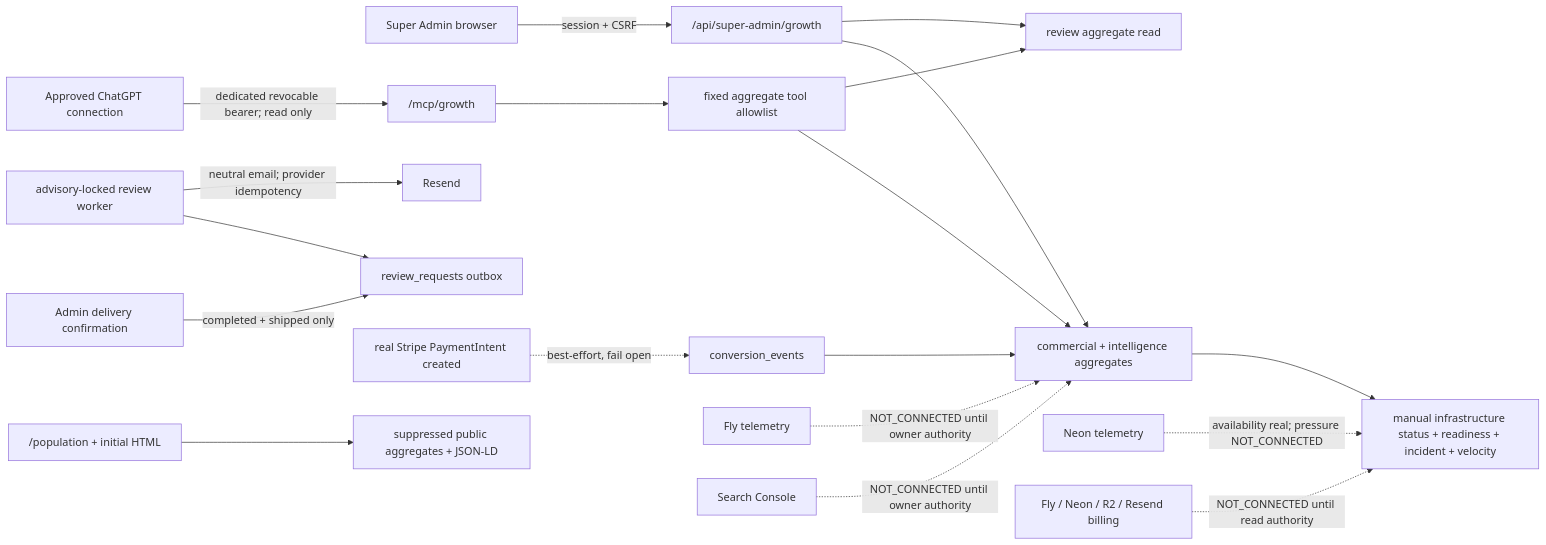
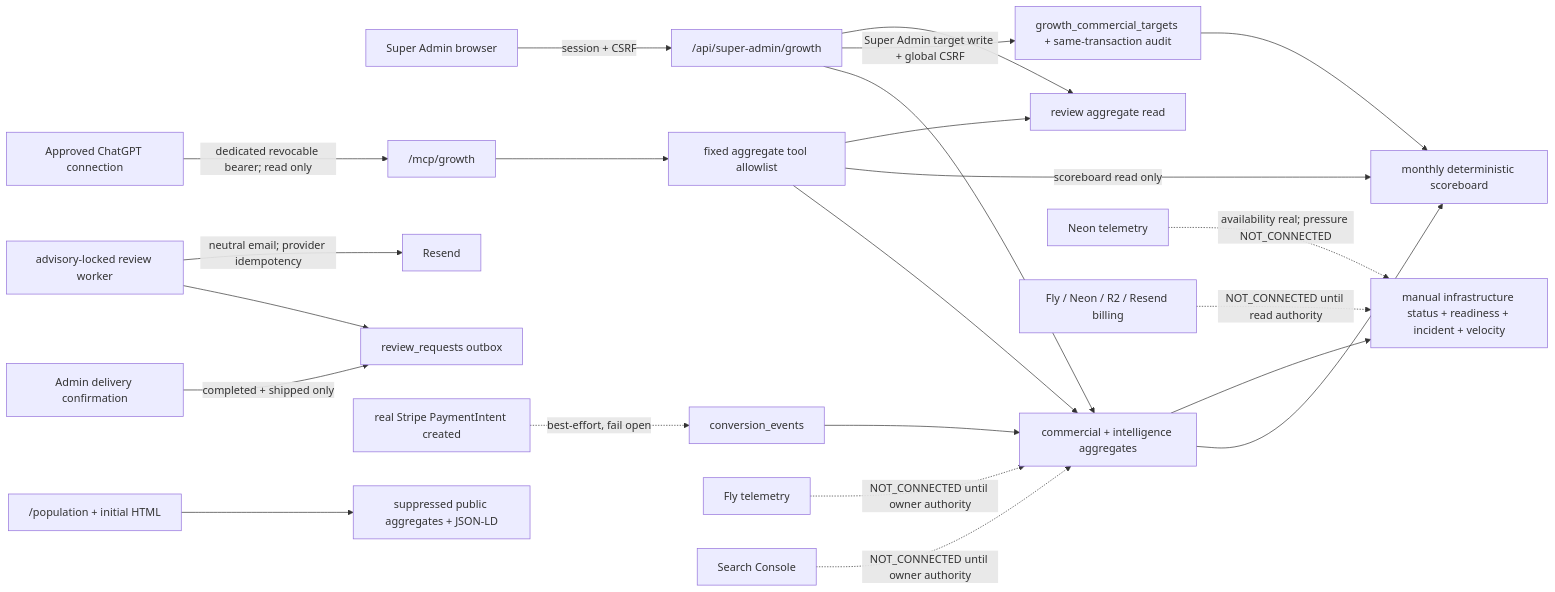
One commit to mintvaultuk-byte/mintvault-platform changed the diagram in .claude/controlled-code-lead/tasks/growth-completion-night-20260819/architecture-after.md. Above: the diagram before and after it, drawn with Mermaid. The commit also changed other lines of this file and 6 other files, not shown here.

Commit message:
chore(growth): authorize commercial scoreboard addendum

````diff
--- a/.claude/controlled-code-lead/tasks/growth-completion-night-20260819/architecture-after.md
+++ b/.claude/controlled-code-lead/tasks/growth-completion-night-20260819/architecture-after.md
@@ -3,21 +3,25 @@
 ```mermaid
 flowchart LR
   SA["Super Admin browser"] -->|"session + CSRF"| GR["/api/super-admin/growth"]
   GR --> CG["commercial + intelligence aggregates"]
+  GR -->|"Super Admin target write + global CSRF"| TS["growth_commercial_targets + same-transaction audit"]
+  TS --> SB["monthly deterministic scoreboard"]
+  CG --> SB
   CG --> IC["manual infrastructure status + readiness + incident + velocity"]
   GR --> RR["review aggregate read"]
   MCP["Approved ChatGPT connection"] -->|"dedicated revocable bearer; read only"| MR["/mcp/growth"]
   MR --> AL["fixed aggregate tool allowlist"]
   AL --> CG
+  AL -->|"scoreboard read only"| SB
   AL --> RR
   ADMIN["Admin delivery confirmation"] -->|"completed + shipped only"| OUT["review_requests outbox"]
   JOB["advisory-locked review worker"] --> OUT
   JOB -->|"neutral email; provider idempotency"| RESEND["Resend"]
   CHECKOUT["real Stripe PaymentIntent created"] -. "best-effort, fail open" .-> CE["conversion_events"]
   CE --> CG
   PUB["/population + initial HTML"] --> AUTH["suppressed public aggregates + JSON-LD"]
   FLY["Fly telemetry"] -. "NOT_CONNECTED until owner authority" .-> CG
   NEON["Neon telemetry"] -. "availability real; pressure NOT_CONNECTED" .-> IC
   BILL["Fly / Neon / R2 / Resend billing"] -. "NOT_CONNECTED until read authority" .-> IC
   GSC["Search Console"] -. "NOT_CONNECTED until owner authority" .-> CG
 ```
````
